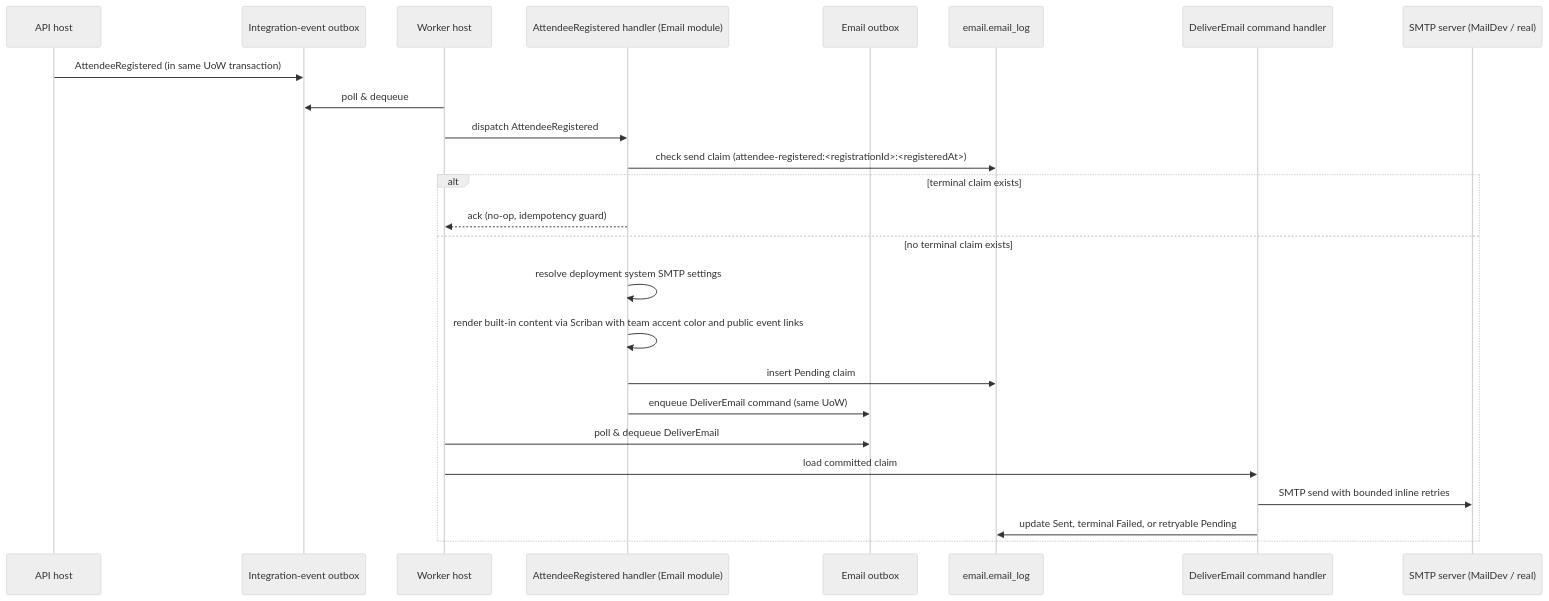
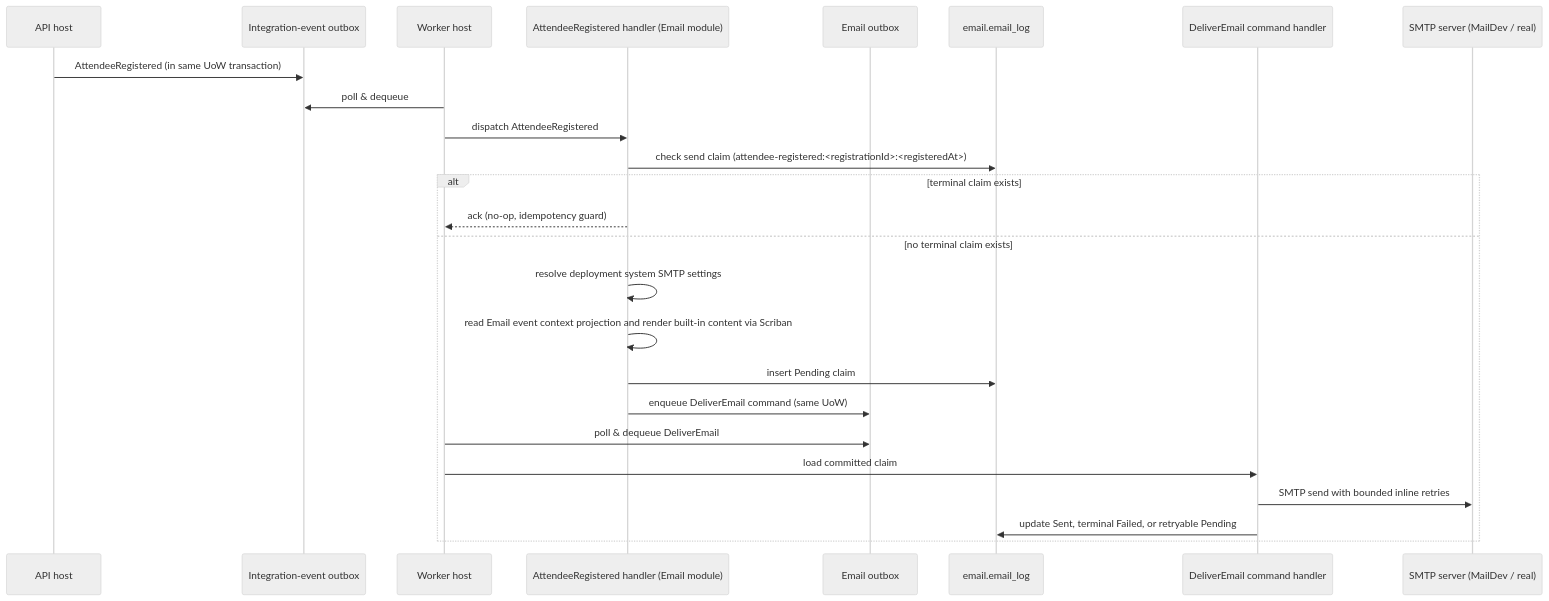
Before and after one commit to amolenk/Admitto: the eighth of 12 diagrams in docs/arc42/06-runtime-view.md, drawn with Mermaid (neutral theme). The commit also changed other lines of this file and 128 other files, not shown here.

````diff
--- a/docs/arc42/06-runtime-view.md
+++ b/docs/arc42/06-runtime-view.md
@@ -226,28 +226,28 @@
 ```mermaid
 sequenceDiagram
     participant Api as API host
     participant Outbox as Integration-event outbox
     participant Worker as Worker host
     participant EmailHandler as AttendeeRegistered handler (Email module)
     participant EmailOutbox as Email outbox
     participant EmailLog as email.email_log
     participant Delivery as DeliverEmail command handler
     participant SMTP as SMTP server (MailDev / real)
 
     Api->>Outbox: AttendeeRegistered (in same UoW transaction)
     Worker->>Outbox: poll & dequeue
     Worker->>EmailHandler: dispatch AttendeeRegistered
     EmailHandler->>EmailLog: check send claim (attendee-registered:<registrationId>:<registeredAt>)
     alt terminal claim exists
         EmailHandler-->>Worker: ack (no-op, idempotency guard)
     else no terminal claim exists
         EmailHandler->>EmailHandler: resolve deployment system SMTP settings
-        EmailHandler->>EmailHandler: render built-in content via Scriban with team accent color and public event links
+    EmailHandler->>EmailHandler: read Email event context projection and render built-in content via Scriban
         EmailHandler->>EmailLog: insert Pending claim
         EmailHandler->>EmailOutbox: enqueue DeliverEmail command (same UoW)
         Worker->>EmailOutbox: poll & dequeue DeliverEmail
         Worker->>Delivery: load committed claim
         Delivery->>SMTP: SMTP send with bounded inline retries
         Delivery->>EmailLog: update Sent, terminal Failed, or retryable Pending
     end
 ```
````
